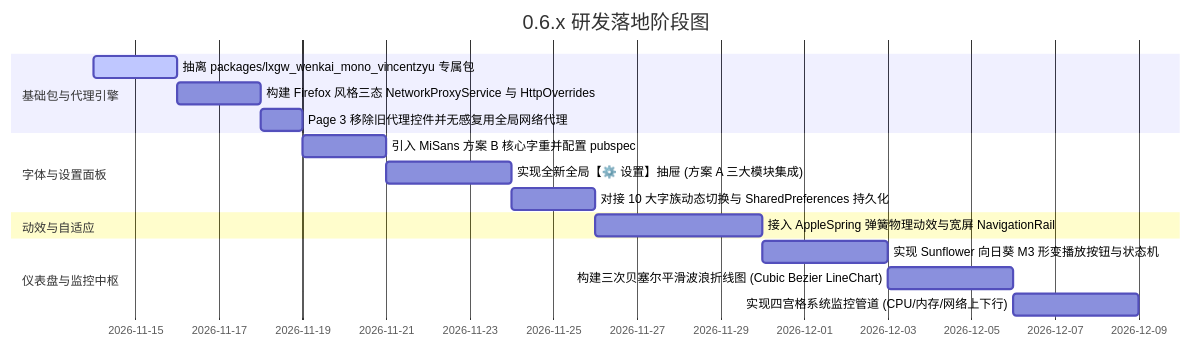
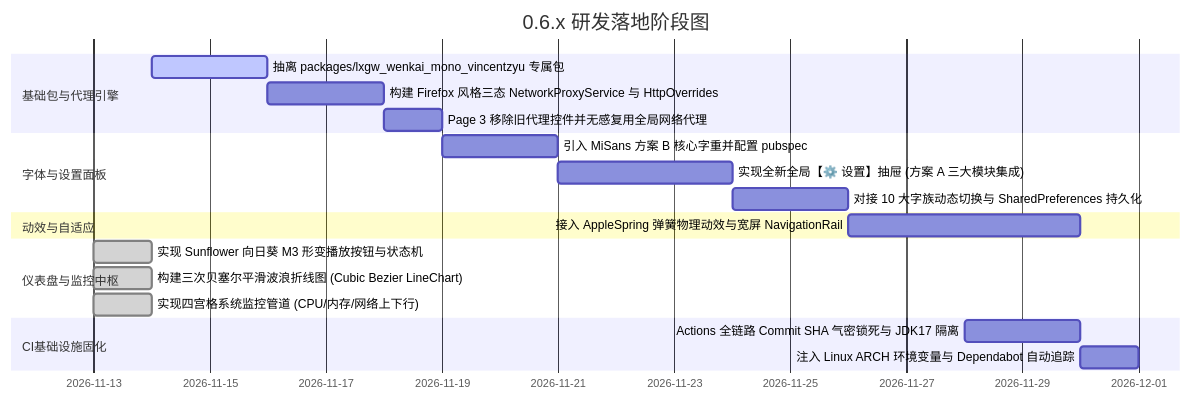
One commit to VincentZyuApps/dart-flutter-demo changed the fifth of 5 diagrams in doc/dev/20261113.新版本0.6.x的字体和界面ui等等优化捏/20261113.新版本0.6.x的字体和界面ui等等优化捏.md. Above: the diagram before and after it, drawn with Mermaid. The commit also changed other lines of this file, not shown here.

First line of the commit message:
docs(ci): 纳入 Actions 40位 Commit SHA 气密锁死与工具链固化规划

````diff
--- a/doc/dev/20261113.新版本0.6.x的字体和界面ui等等优化捏/20261113.新版本0.6.x的字体和界面ui等等优化捏.md
+++ b/doc/dev/20261113.新版本0.6.x的字体和界面ui等等优化捏/20261113.新版本0.6.x的字体和界面ui等等优化捏.md
@@ -185,19 +232,22 @@
 ```mermaid
 gantt
     title 0.6.x 研发落地阶段图
     dateFormat  YYYY-MM-DD
     section 基础包与代理引擎
     抽离 packages/lxgw_wenkai_mono_vincentzyu 专属包 :active, 2026-11-14, 2d
     构建 Firefox 风格三态 NetworkProxyService 与 HttpOverrides :2026-11-16, 2d
     Page 3 移除旧代理控件并无感复用全局网络代理    :2026-11-18, 1d
     section 字体与设置面板
     引入 MiSans 方案 B 核心字重并配置 pubspec :2026-11-19, 2d
     实现全新全局【⚙️ 设置】抽屉 (方案 A 三大模块集成) :2026-11-21, 3d
     对接 10 大字族动态切换与 SharedPreferences 持久化 :2026-11-24, 2d
     section 动效与自适应
     接入 AppleSpring 弹簧物理动效与宽屏 NavigationRail :2026-11-26, 4d
     section 仪表盘与监控中枢
-    实现 Sunflower 向日葵 M3 形变播放按钮与状态机 :2026-11-30, 3d
-    构建三次贝塞尔平滑波浪折线图 (Cubic Bezier LineChart) :2026-12-03, 3d
-    实现四宫格系统监控管道 (CPU/内存/网络上下行) :2026-12-06, 3d
+    实现 Sunflower 向日葵 M3 形变播放按钮与状态机 :done, 2026-11-13, 1d
+    构建三次贝塞尔平滑波浪折线图 (Cubic Bezier LineChart) :done, 2026-11-13, 1d
+    实现四宫格系统监控管道 (CPU/内存/网络上下行) :done, 2026-11-13, 1d
+    section CI基础设施固化
+    Actions 全链路 Commit SHA 气密锁死与 JDK17 隔离 :2026-11-28, 2d
+    注入 Linux ARCH 环境变量与 Dependabot 自动追踪 :2026-11-30, 1d
 ```
````
